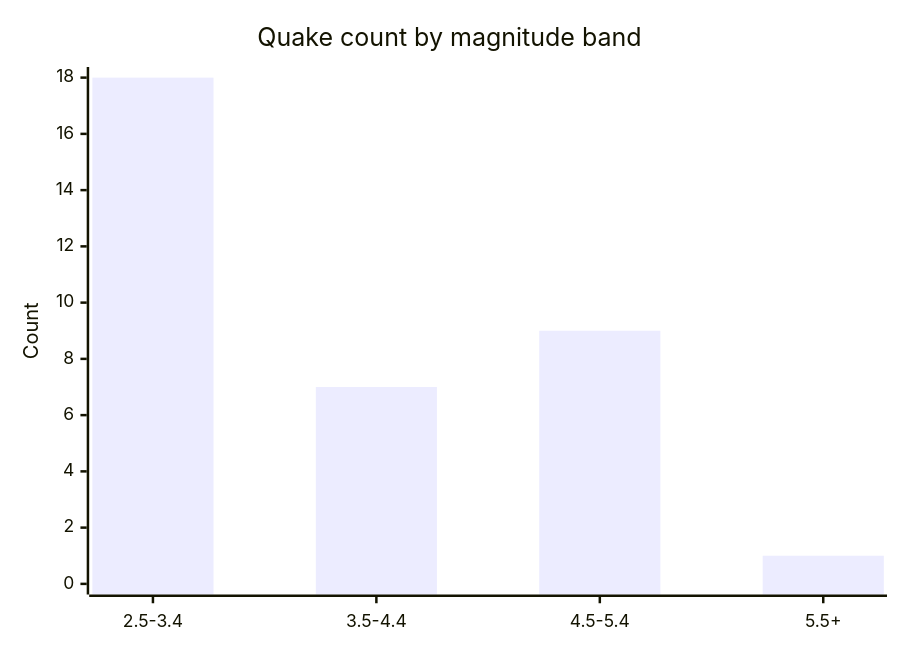
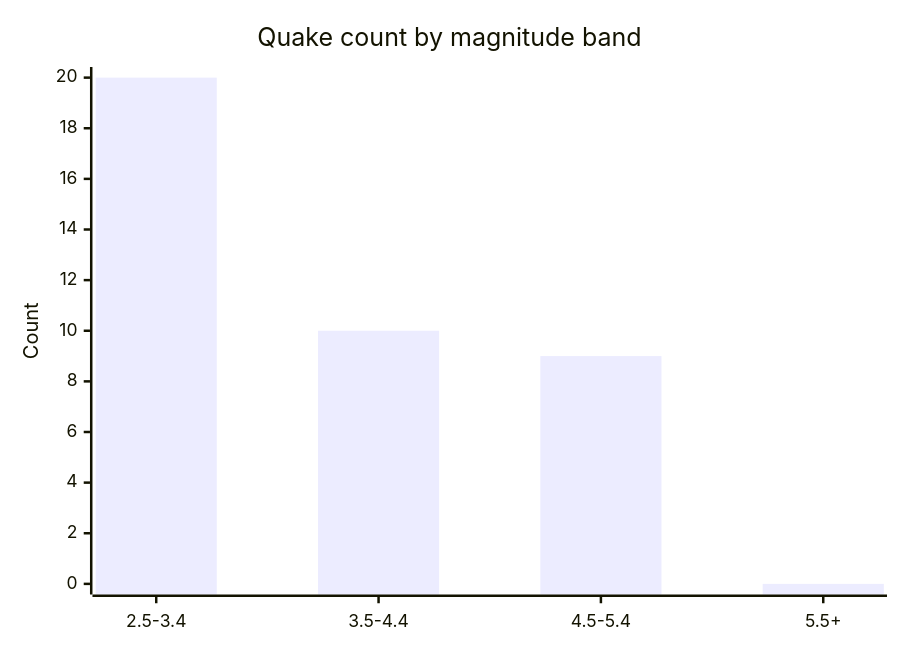
Before and after one commit to Midwest-Stratospheric/aerostratospheric-defense-gir: the fifth of 6 diagrams in docs/GRAPHS.md, drawn with Mermaid. The commit also changed other lines of this file and 24 other files, not shown here.

````diff
--- a/docs/GRAPHS.md
+++ b/docs/GRAPHS.md
@@ -82,7 +82,7 @@
 ```mermaid
 xychart-beta
   title "Quake count by magnitude band"
   x-axis ["2.5-3.4", "3.5-4.4", "4.5-5.4", "5.5+"]
-  y-axis "Count" 0 --> 18
-  bar [18, 7, 9, 1]
+  y-axis "Count" 0 --> 20
+  bar [20, 10, 9, 0]
 ```
````
